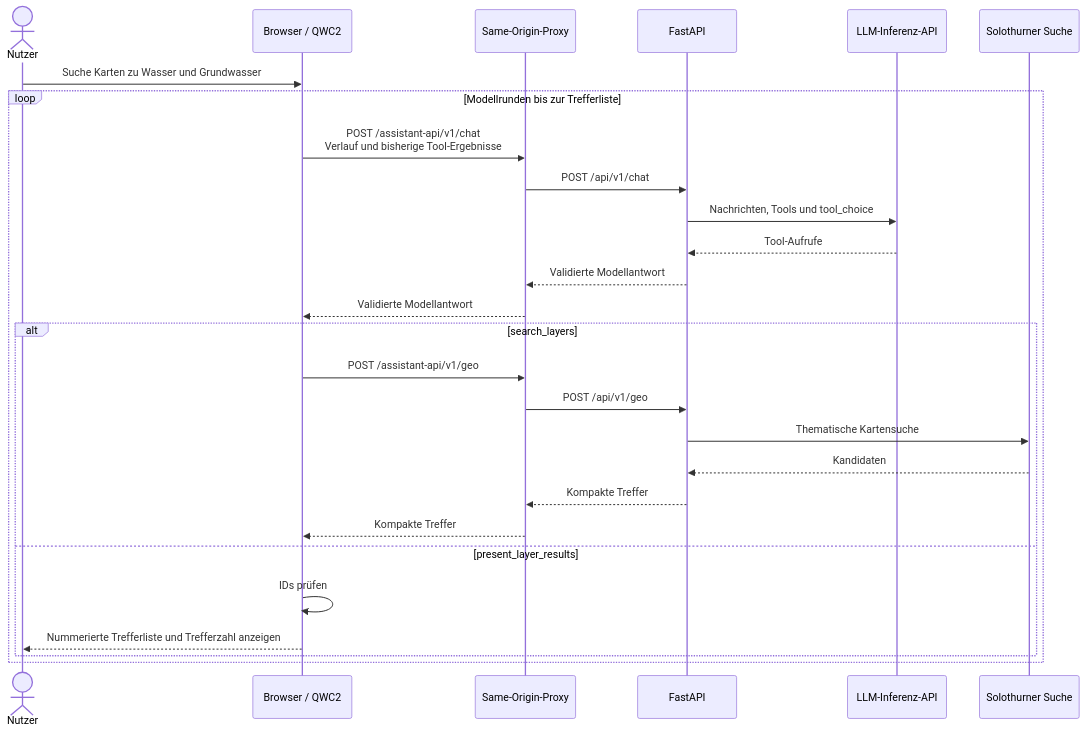
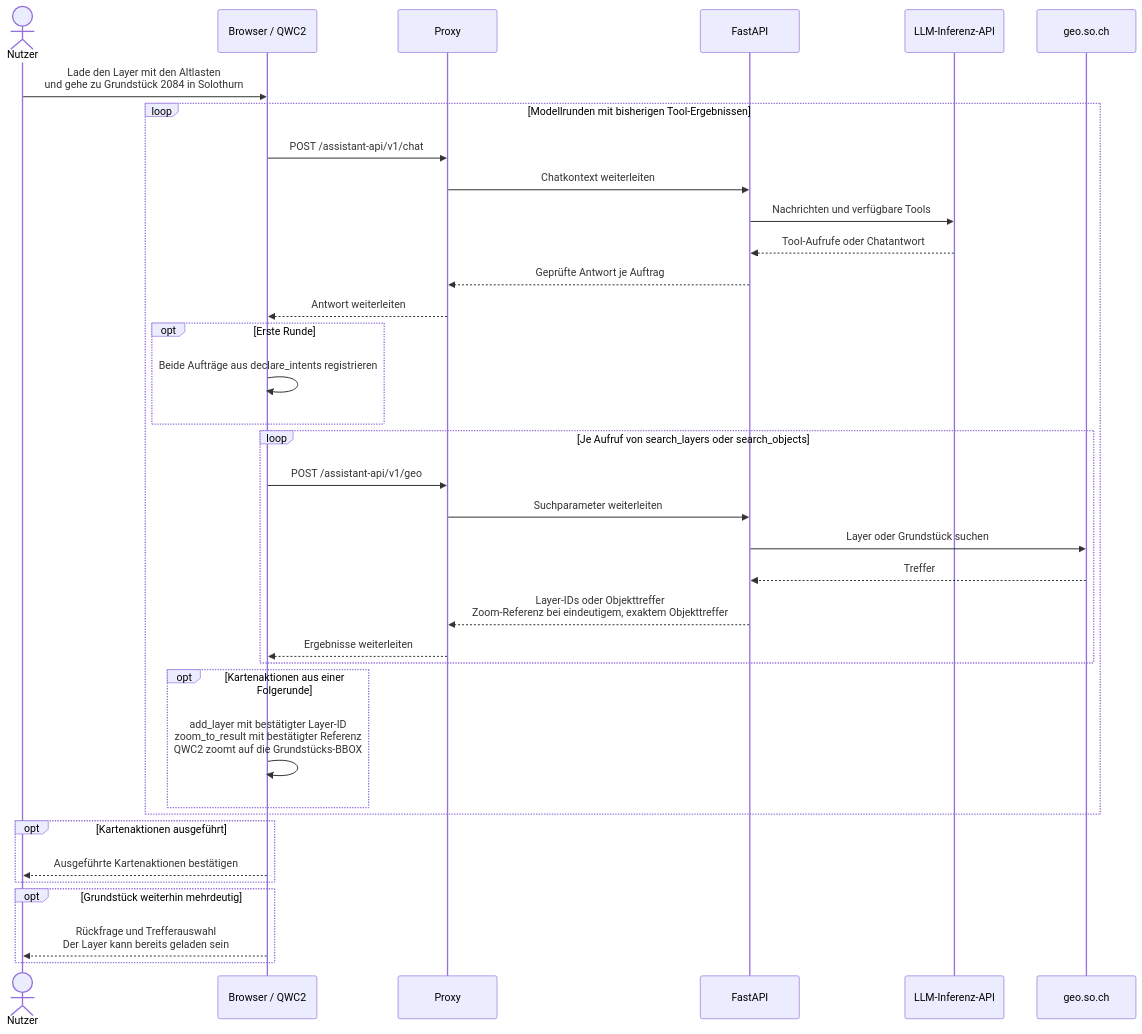
The second of 2 diagrams in README.md (edigonzales/qwc2-ai-assistant), drawn with Mermaid before and after one commit. The commit also changed other lines of this file, not shown here.

Commit message:
Update README diagrams for multi-intent GIS chat

````diff
--- a/README.md
+++ b/README.md
@@ -36,30 +36,39 @@
 ```mermaid
 sequenceDiagram
     actor Nutzer
     participant Browser as Browser / QWC2
-    participant Proxy as Same-Origin-Proxy
+    participant Proxy
     participant API as FastAPI
     participant LLM as LLM-Inferenz-API
-    participant Geo as Solothurner Suche
+    participant Geo as geo.so.ch
 
-    Nutzer->>Browser: Suche Karten zu Wasser und Grundwasser
-    loop Modellrunden bis zur Trefferliste
-        Browser->>Proxy: POST /assistant-api/v1/chat<br/>Verlauf und bisherige Tool-Ergebnisse
-        Proxy->>API: POST /api/v1/chat
-        API->>LLM: Nachrichten, Tools und tool_choice
-        LLM-->>API: Tool-Aufrufe
-        API-->>Proxy: Validierte Modellantwort
-        Proxy-->>Browser: Validierte Modellantwort
-        alt search_layers
+    Nutzer->>Browser: Lade den Layer mit den Altlasten<br/>und gehe zu Grundstück 2084 in Solothurn
+    loop Modellrunden mit bisherigen Tool-Ergebnissen
+        Browser->>Proxy: POST /assistant-api/v1/chat
+        Proxy->>API: Chatkontext weiterleiten
+        API->>LLM: Nachrichten und verfügbare Tools
+        LLM-->>API: Tool-Aufrufe oder Chatantwort
+        API-->>Proxy: Geprüfte Antwort je Auftrag
+        Proxy-->>Browser: Antwort weiterleiten
+        opt Erste Runde
+            Browser->>Browser: Beide Aufträge aus declare_intents registrieren
+        end
+        loop Je Aufruf von search_layers oder search_objects
             Browser->>Proxy: POST /assistant-api/v1/geo
-            Proxy->>API: POST /api/v1/geo
-            API->>Geo: Thematische Kartensuche
-            Geo-->>API: Kandidaten
-            API-->>Proxy: Kompakte Treffer
-            Proxy-->>Browser: Kompakte Treffer
-        else present_layer_results
-            Browser->>Browser: IDs prüfen
-            Browser-->>Nutzer: Nummerierte Trefferliste und Trefferzahl anzeigen
+            Proxy->>API: Suchparameter weiterleiten
+            API->>Geo: Layer oder Grundstück suchen
+            Geo-->>API: Treffer
+            API-->>Proxy: Layer-IDs oder Objekttreffer<br/>Zoom-Referenz bei eindeutigem, exaktem Objekttreffer
+            Proxy-->>Browser: Ergebnisse weiterleiten
+        end
+        opt Kartenaktionen aus einer Folgerunde
+            Browser->>Browser: add_layer mit bestätigter Layer-ID<br/>zoom_to_result mit bestätigter Referenz<br/>QWC2 zoomt auf die Grundstücks-BBOX
         end
     end
+    opt Kartenaktionen ausgeführt
+        Browser-->>Nutzer: Ausgeführte Kartenaktionen bestätigen
+    end
+    opt Grundstück weiterhin mehrdeutig
+        Browser-->>Nutzer: Rückfrage und Trefferauswahl<br/>Der Layer kann bereits geladen sein
+    end
 ```
````
